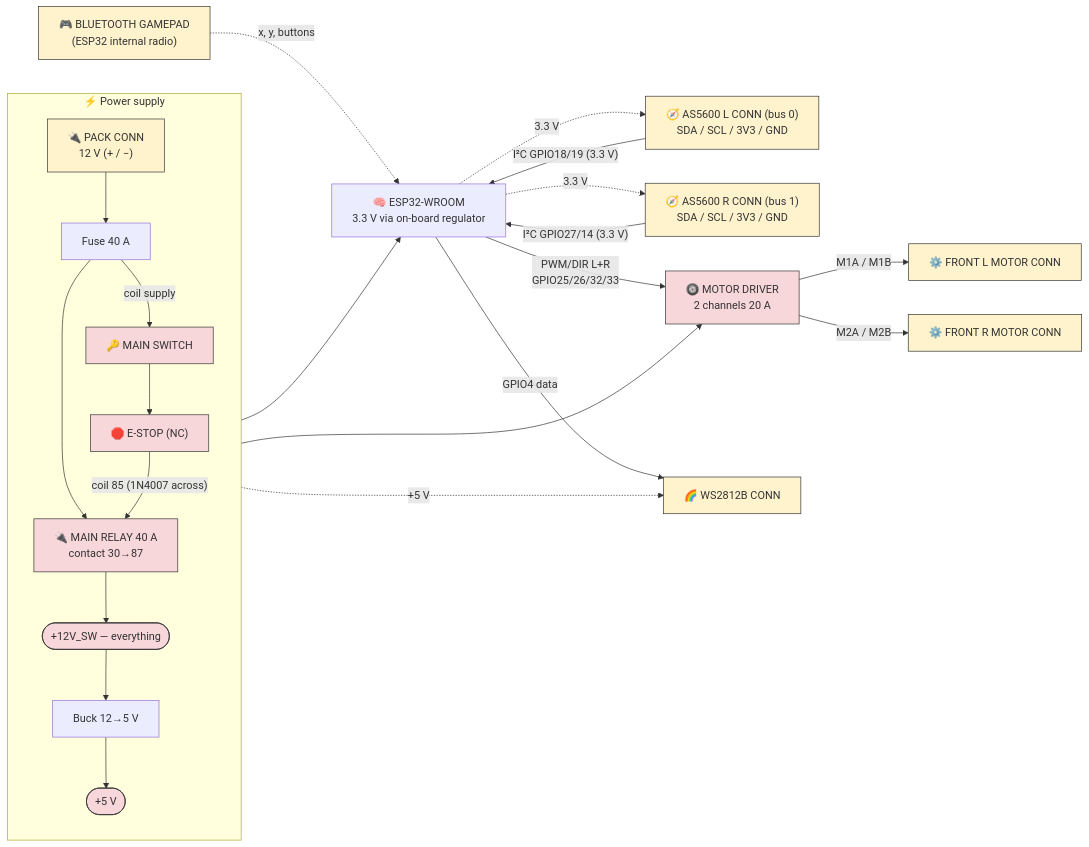
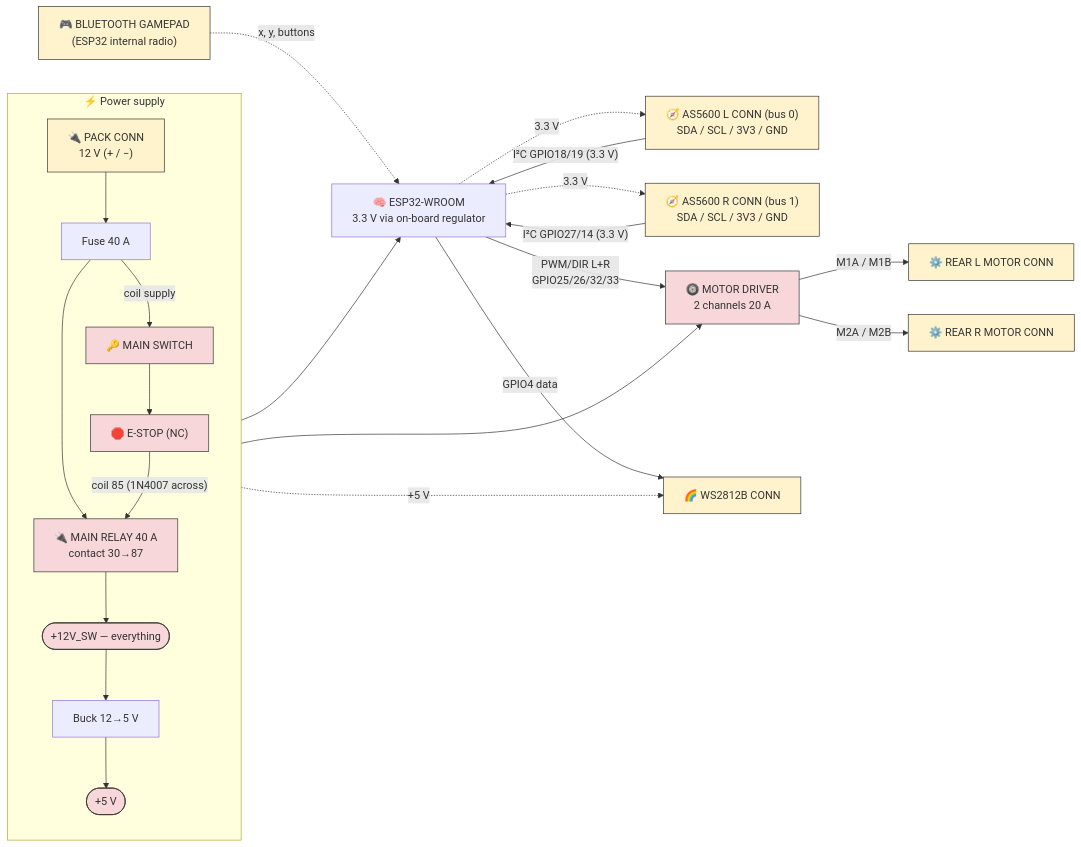
The seventh of 9 diagrams in README.md (pinkymaxou/powered-soapbox-car), drawn with Mermaid before and after one commit. The commit also changed other lines of this file and 15 other files, not shown here.

````diff
--- a/README.md
+++ b/README.md
@@ -520,32 +522,32 @@
 ```mermaid
 flowchart LR
     subgraph PWR["⚡ Power supply"]
         direction TB
         PA["🔌 PACK CONN<br/>12 V (+ / −)"] --> FA["Fuse 40 A"] --> BR["🔌 MAIN RELAY 40 A<br/>contact 30→87"]
         FA -->|"coil supply"| MSW["🔑 MAIN SWITCH"] --> ESTOP["🛑 E-STOP (NC)"] -->|"coil 85 (1N4007 across)"| BR
         BR --> RAIL(["+12V_SW — everything"])
         RAIL --> BUCK["Buck 12→5 V"] --> V5(["+5 V"])
     end
 
     ESP["🧠 ESP32-WROOM<br/>3.3 V via on-board regulator"]
     V5 --> ESP
 
     PAD["🎮 BLUETOOTH GAMEPAD<br/>(ESP32 internal radio)"] -.->|"x, y, buttons"| ESP
     EG["🧭 AS5600 L CONN (bus 0)<br/>SDA / SCL / 3V3 / GND"] -->|"I²C GPIO18/19 (3.3 V)"| ESP
     ED["🧭 AS5600 R CONN (bus 1)<br/>SDA / SCL / 3V3 / GND"] -->|"I²C GPIO27/14 (3.3 V)"| ESP
 
     ESP -->|"PWM/DIR L+R<br/>GPIO25/26/32/33"| DRV["🛞 MOTOR DRIVER<br/>2 channels 20 A"]
     RAIL --> DRV
-    DRV -->|"M1A / M1B"| MG["⚙️ FRONT L MOTOR CONN"]
-    DRV -->|"M2A / M2B"| MD["⚙️ FRONT R MOTOR CONN"]
+    DRV -->|"M1A / M1B"| MG["⚙️ REAR L MOTOR CONN"]
+    DRV -->|"M2A / M2B"| MD["⚙️ REAR R MOTOR CONN"]
     ESP -->|"GPIO4 data"| WS["🌈 WS2812B CONN"]
 
     V5 -. "+5 V" .-> WS
     ESP -. "3.3 V" .-> EG
     ESP -. "3.3 V" .-> ED
 
     classDef pwr fill:#f8d7da,stroke:#333;
     classDef conn fill:#fff3cd,stroke:#333;
     class RAIL,V5,BR,MSW,ESTOP,DRV pwr;
     class PA,PAD,EG,ED,MG,MD,WS conn;
 ```
````
